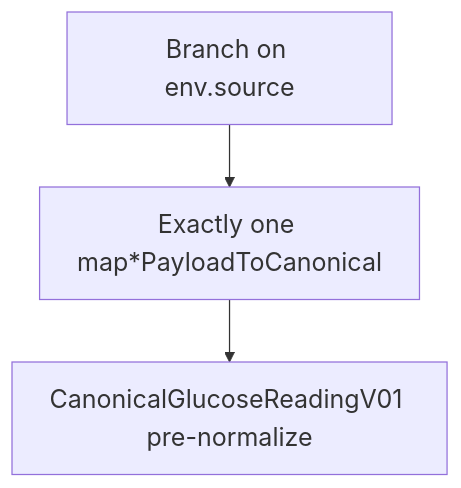
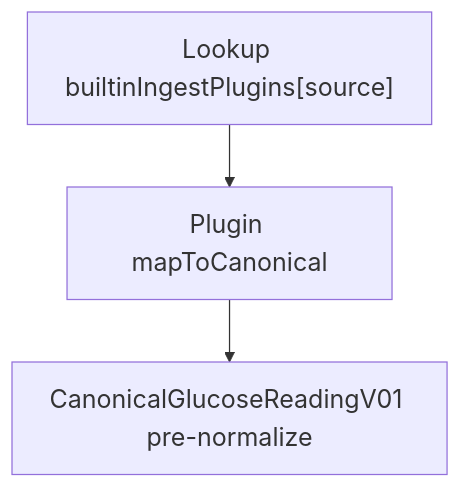
Before and after one commit to peterlandis/OpenGlucoseTelemetry: the fifth of 7 diagrams in runtimes/typescript/ARCHITECTURE.md, drawn with Mermaid. The commit also changed other lines of this file and 64 other files, not shown here.

````diff
--- a/runtimes/typescript/ARCHITECTURE.md
+++ b/runtimes/typescript/ARCHITECTURE.md
@@ -119,9 +131,9 @@
 ```mermaid
 %%{init: {'themeVariables': {'fontSize': '20px'}}}%%
 flowchart TB
-  Br["Branch on env.source"]
-  One["Exactly one map*PayloadToCanonical"]
+  L["Lookup builtinIngestPlugins[source]"]
+  One["Plugin mapToCanonical"]
   C["CanonicalGlucoseReadingV01 pre-normalize"]
-  Br --> One
+  L --> One
   One --> C
 ```
````
